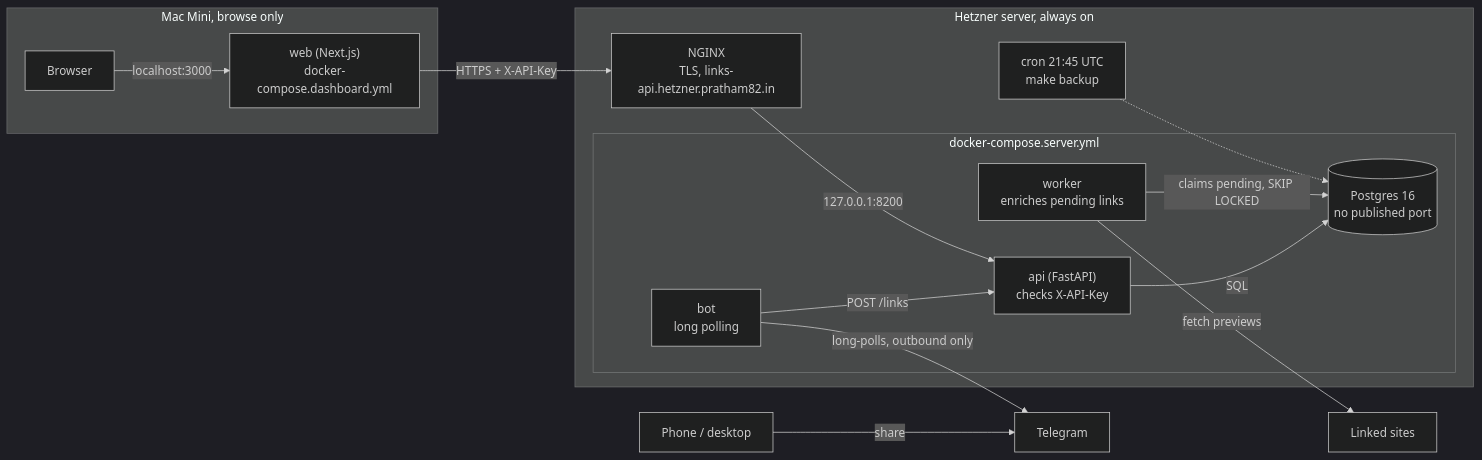
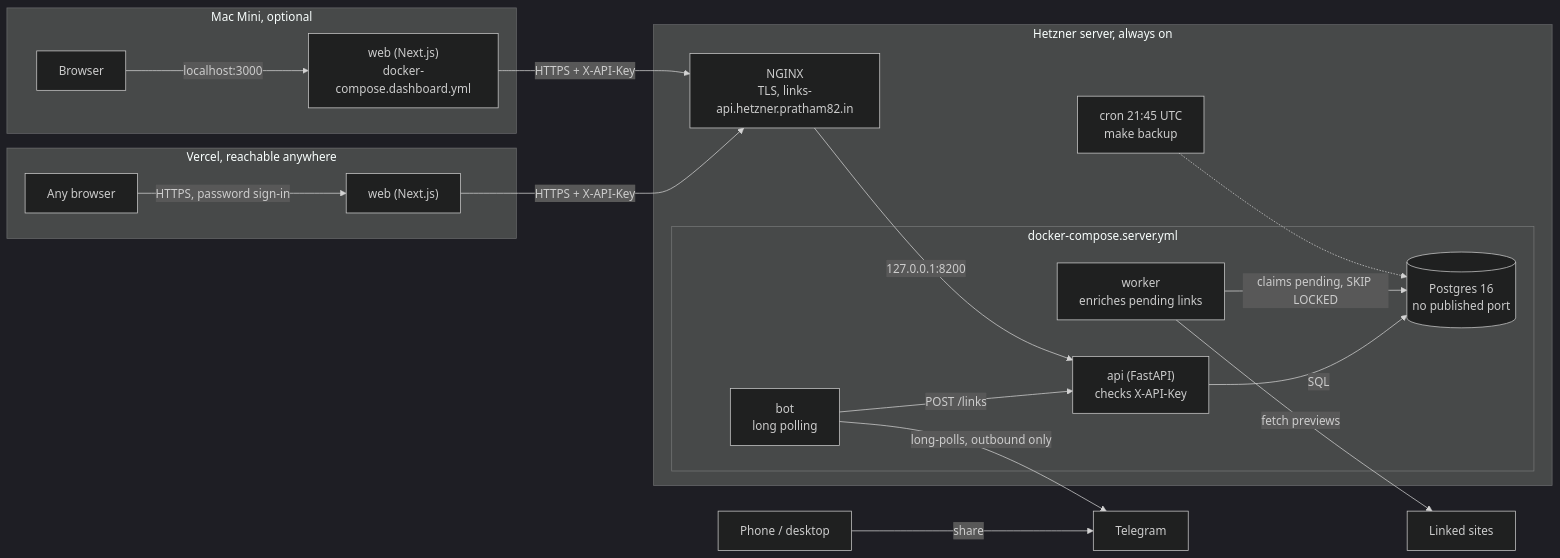
The second of 2 diagrams in README.md (Pratham82/links-vault), drawn with Mermaid (dark theme) before and after one commit. The commit also changed other lines of this file, not shown here.

First line of the commit message:
docs: dashboard on Vercel, reachable from anywhere

````diff
--- a/README.md
+++ b/README.md
@@ -62,25 +62,29 @@
 ```mermaid
 flowchart LR
   phone["Phone / desktop"] -- share --> tg["Telegram"]
   subgraph hetzner["Hetzner server, always on"]
     nginx["NGINX<br/>TLS, links-api.hetzner.pratham82.in"]
     cron["cron 21:45 UTC<br/>make backup"]
     subgraph compose["docker-compose.server.yml"]
       bot["bot<br/>long polling"]
       api["api (FastAPI)<br/>checks X-API-Key"]
       worker["worker<br/>enriches pending links"]
       db[("Postgres 16<br/>no published port")]
     end
   end
-  subgraph mac["Mac Mini, browse only"]
+  subgraph vercel["Vercel, reachable anywhere"]
+    anywhere["Any browser"] -- "HTTPS, password sign-in" --> vweb["web (Next.js)"]
+  end
+  subgraph mac["Mac Mini, optional"]
     browser["Browser"] -- "localhost:3000" --> web["web (Next.js)<br/>docker-compose.dashboard.yml"]
   end
   bot -- "long-polls, outbound only" --> tg
   bot -- "POST /links" --> api
+  vweb -- "HTTPS + X-API-Key" --> nginx
   web -- "HTTPS + X-API-Key" --> nginx
   nginx -- "127.0.0.1:8200" --> api
   api -- SQL --> db
   worker -- "claims pending, SKIP LOCKED" --> db
   worker -- "fetch previews" --> sites["Linked sites"]
   cron -.-> db
 ```
````
